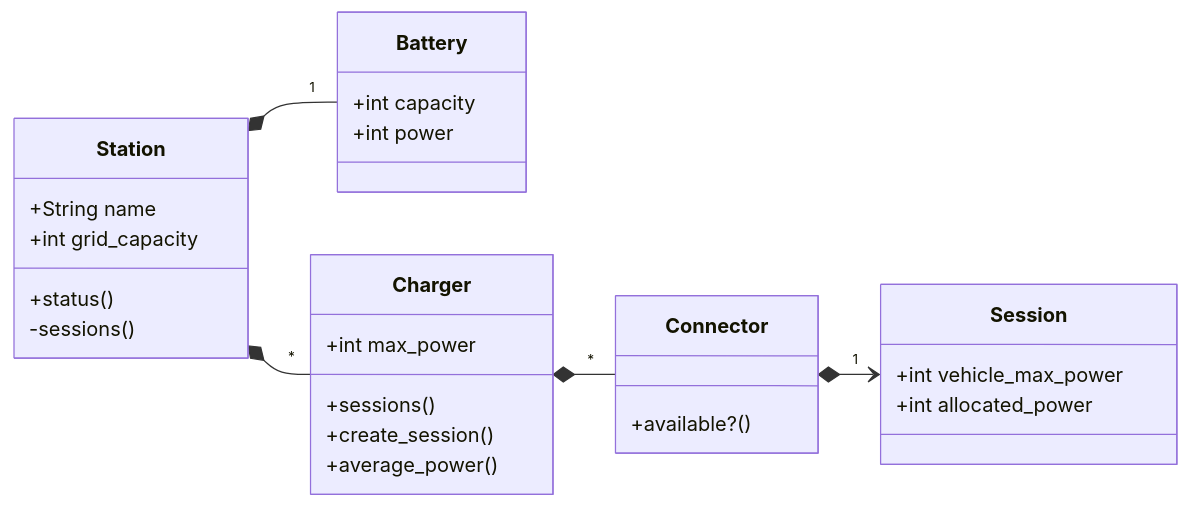
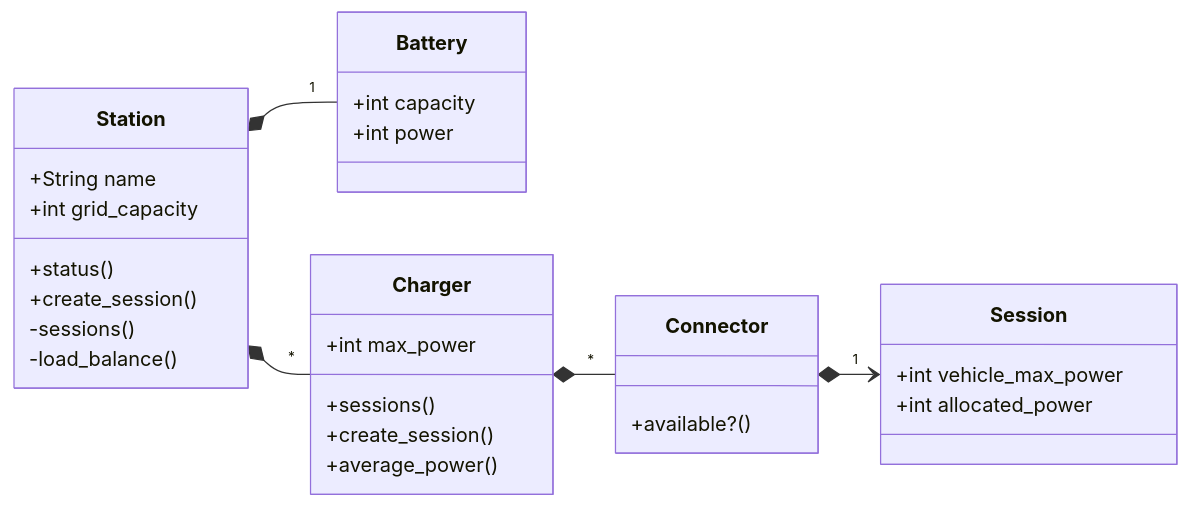
One commit to lucasdchamps/sems changed the diagram in README.md. Above: the diagram before and after it, drawn with Mermaid. The commit also changed 2 other files, not shown here.

Commit message:
feat: add create_session method in station model

````diff
--- a/README.md
+++ b/README.md
@@ -30,31 +30,33 @@
 ```mermaid
 classDiagram
 direction LR
     Station *-- "1" Battery
     Station *-- "*" Charger
     Charger *-- "*" Connector
     Connector *--> "1" Session
     class Station {
         +String name
         +int grid_capacity
         +status()
+        +create_session()
         -sessions()
+        -load_balance()
     }
     class Charger {
         +int max_power
         +sessions()
         +create_session()
         +average_power()
     }
     class Connector {
         +available?()
     }
     class Session {
         +int vehicle_max_power
         +int allocated_power
     }
     class Battery {
         +int capacity
         +int power
     }
 ```
````
